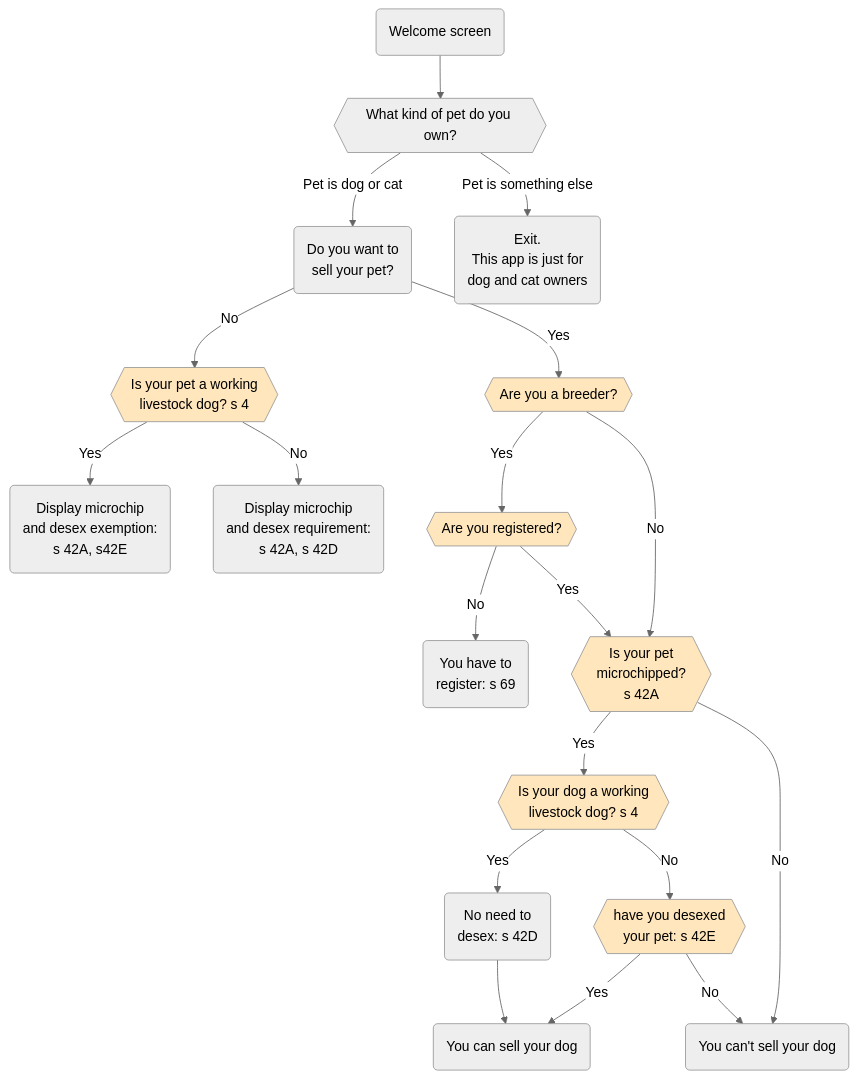
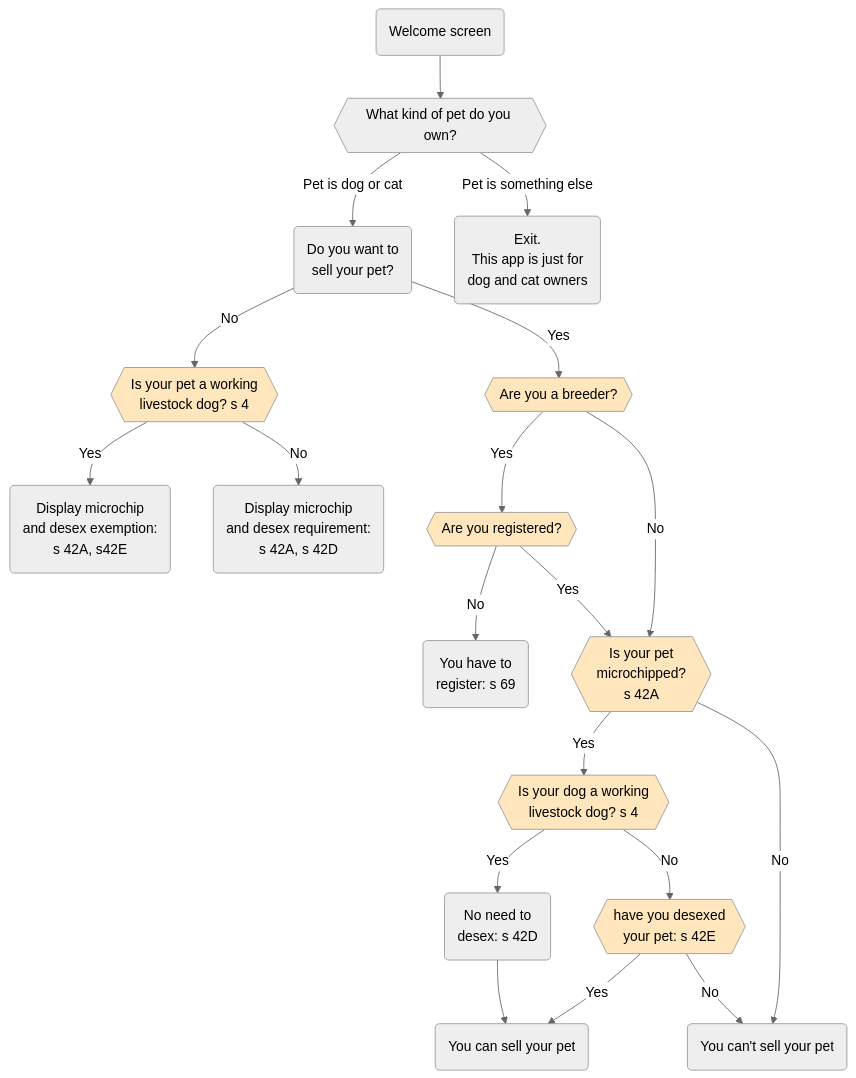
Before and after one commit to FlindersLaw/textbook: the diagram in textbook-source/docs/coding_exercises/coding_workshop_2/_exercises/_flowcharts/cw2_flowchart.mdx, drawn with Mermaid (neutral theme). The commit also changed 2 other files, not shown here.

Commit message:
Misc fixes

````diff
--- a/textbook-source/docs/coding_exercises/coding_workshop_2/_exercises/_flowcharts/cw2_flowchart.mdx
+++ b/textbook-source/docs/coding_exercises/coding_workshop_2/_exercises/_flowcharts/cw2_flowchart.mdx
@@ -1,40 +1,40 @@
 ```mermaid
 flowchart TD
     id000(Welcome screen)
     id000 --> id00{{What kind of pet do you own?}}
     id00 -- Pet is dog or cat --> id0
     id00 -- Pet is something else --> id01(Exit.<br>This app is just for<br>dog and cat owners)
     id0(Do you want to<br>sell your pet?)
     id0 -- No --> id1{{Is your pet a working<br>livestock dog? s 4}}
     id1 -- Yes --> id2(Display microchip<br>and desex exemption:<br>s 42A, s42E)
     id1 -- No --> id3(Display microchip<br>and desex requirement:<br>s 42A, s 42D)
     
     id0 -- Yes --> id4{{Are you a breeder?}}
     id4 -- Yes --> id4a{{Are you registered?}}
     id4a -- No --> id5(You have to<br>register: s 69)
     id4a -- Yes --> id6
 
     id4 -- No --> id6{{Is your pet<br>microchipped?<br>s 42A}}
     id6 -- Yes --> id7
 
     id7{{Is your dog a working<br>livestock dog? s 4}}
     id7 -- Yes --> id8(No need to<br>desex: s 42D)
     id7 -- No --> id9{{have you desexed<br>your pet: s 42E}}
     id8 --> id10
     id9 -- No --> id11
 
-    id9 -- Yes --> id10(You can sell your dog)
+    id9 -- Yes --> id10(You can sell your pet)
 
-    id6 -- No --> id11(You can't sell your dog)
+    id6 -- No --> id11(You can't sell your pet)
 
     %% Define styles for flowchart items.  We want to make comments yellow
     %% and have a larger font size for regular items
     classDef commentClass fill:#faffd6,text-align:left
     classDef questionClass fill:#ffe6bc
     classDef boundaryClass fill:#eeeeee,text-fill-color:#fff
     classDef itemClass font-size:16pt
     classDef leftListClass text-align:left
 
     class id1,id4,id4a,id6,id7,id9 questionClass;
     class id01,id2,id3,id5,id10,id11 boundaryClass;
 ```
````
